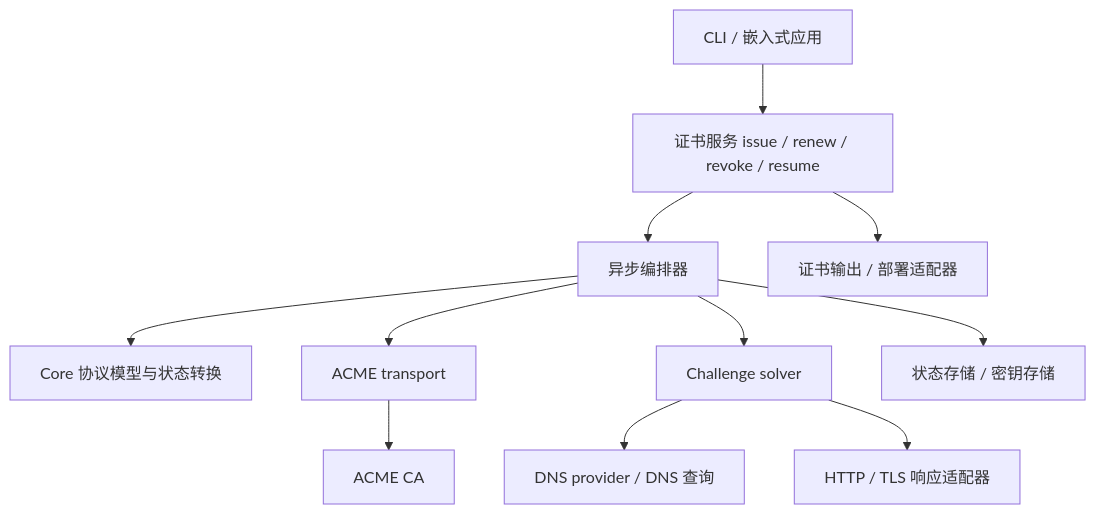
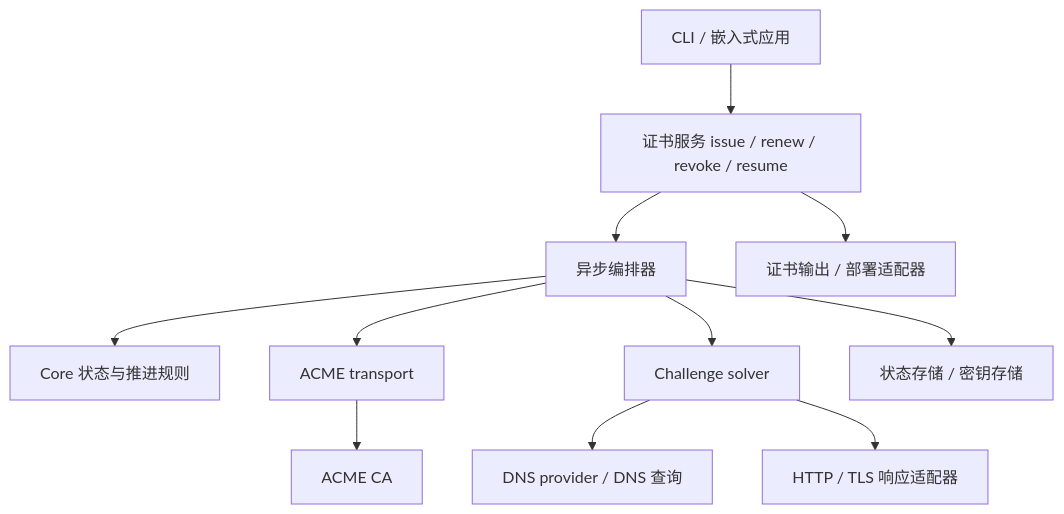
Before and after one commit to AsterCommunity/AsterACME: the diagram in docs/architecture.md, drawn with Mermaid. The commit also changed other lines of this file and 24 other files, not shown here.

````diff
--- a/docs/architecture.md
+++ b/docs/architecture.md
@@ -17,13 +17,13 @@
 ```mermaid
 flowchart TD
     CLI[CLI / 嵌入式应用] --> API[证书服务 issue / renew / revoke / resume]
     API --> ORCH[异步编排器]
-    ORCH --> CORE[Core 协议模型与状态转换]
+    ORCH --> CORE[Core 状态与推进规则]
     ORCH --> TRANSPORT[ACME transport]
     TRANSPORT --> CA[ACME CA]
     ORCH --> SOLVER[Challenge solver]
     SOLVER --> DNS[DNS provider / DNS 查询]
     SOLVER --> RESP[HTTP / TLS 响应适配器]
     ORCH --> STORE[状态存储 / 密钥存储]
     API --> OUTPUT[证书输出 / 部署适配器]
 ```
````
